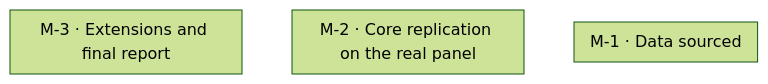
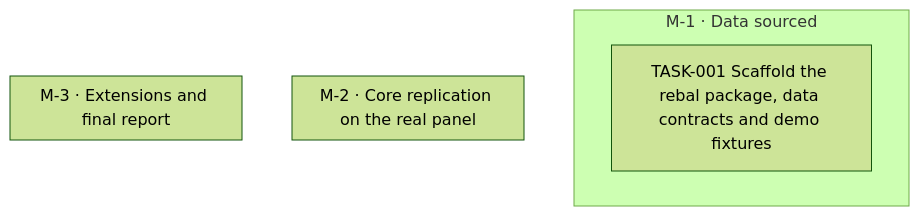
One commit to jesusvillota/replicate changed the diagram in goals/hmm-rebalancing/README.md. Above: the diagram before and after it, drawn with Mermaid (forest theme). The commit also changed 1 other file, not shown here.

Commit message:
goal(hmm-rebalancing): add TASK-001 Scaffold the rebal package, data contracts and demo fixtures

````diff
--- a/goals/hmm-rebalancing/README.md
+++ b/goals/hmm-rebalancing/README.md
@@ -126,12 +126,13 @@
 ```mermaid
 flowchart TD
   subgraph M_1["M-1 · Data sourced"]
+    TASK_001["TASK-001 Scaffold the rebal package, data contracts and demo fixtures"]
   end
   subgraph M_2["M-2 · Core replication on the real panel"]
   end
   subgraph M_3["M-3 · Extensions and final report"]
   end
   classDef draft stroke-dasharray: 4 3
   classDef cancelled opacity:0.45
   classDef decision fill:#f3e8ff,stroke:#7c3aed
 ```
````
